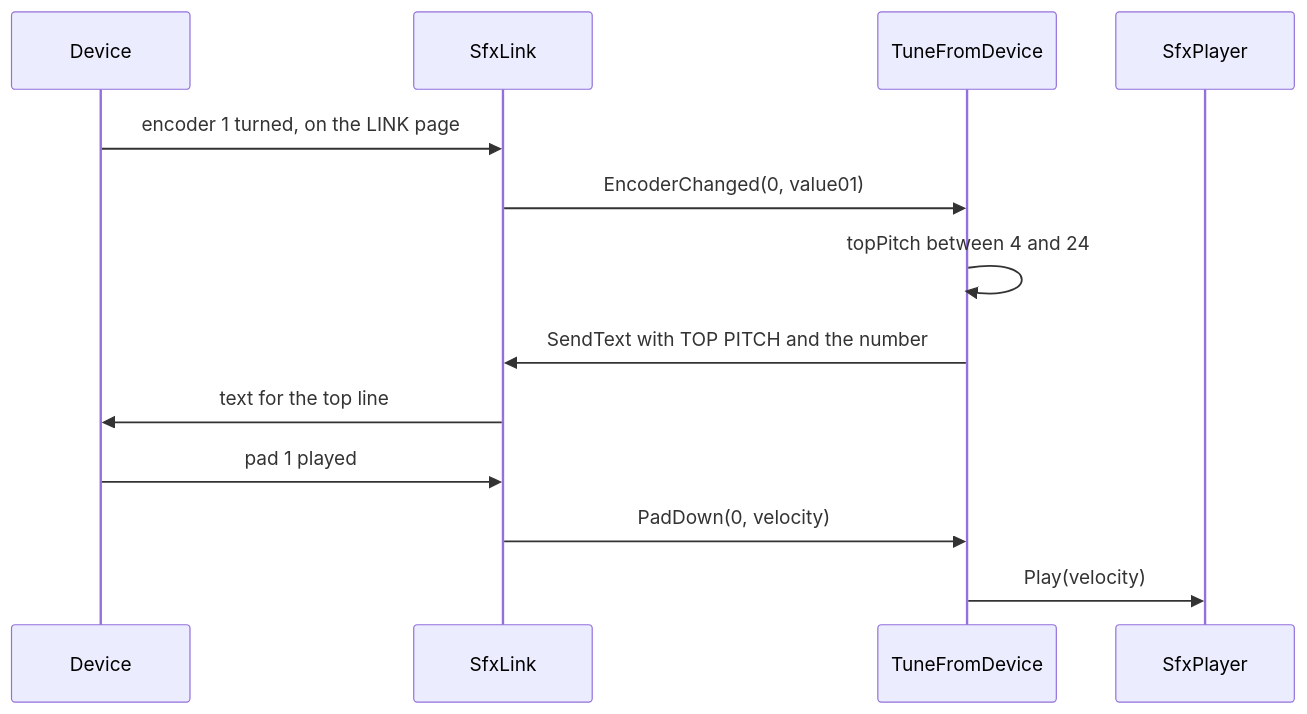
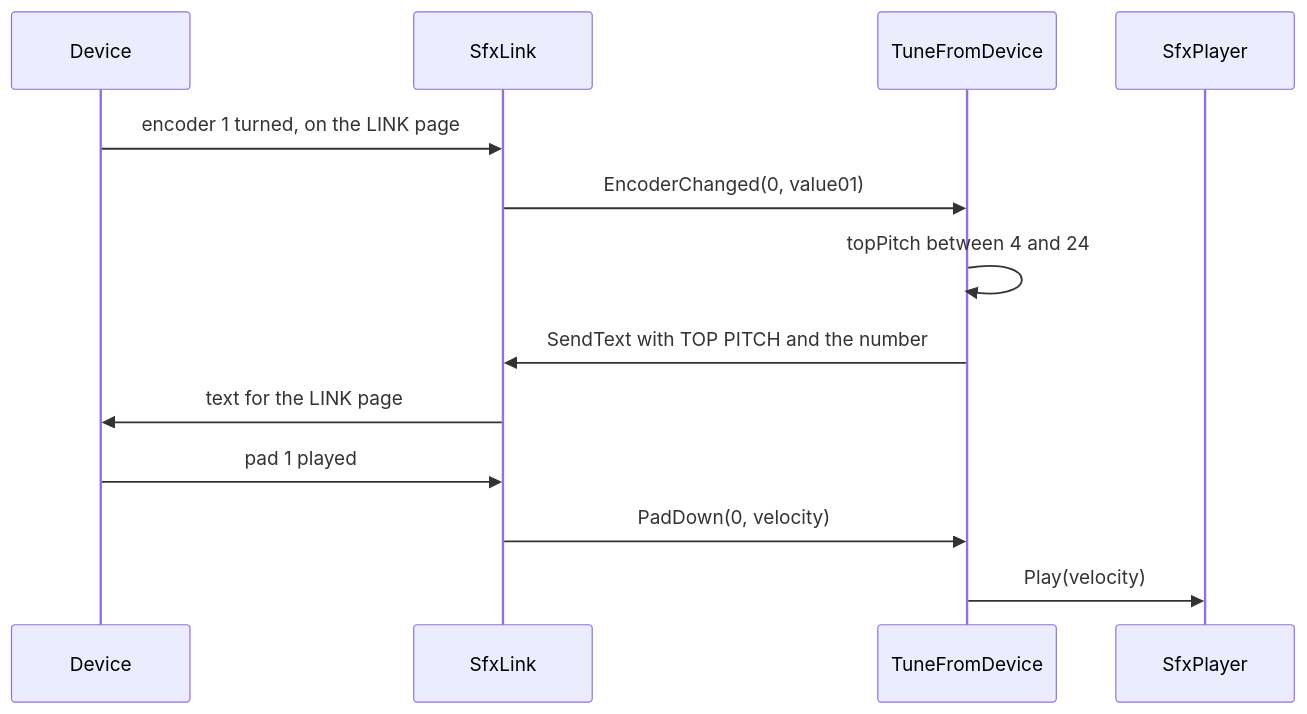
The second of 2 diagrams in wiki/Unity-Recipes-Link.md (Cat-Splat-Studios/sfx-forge), drawn with Mermaid before and after one commit. The commit also changed other lines of this file and 47 other files, not shown here.

````diff
--- a/wiki/Unity-Recipes-Link.md
+++ b/wiki/Unity-Recipes-Link.md
@@ -94,15 +94,15 @@
 ```mermaid
 sequenceDiagram
     participant D as Device
     participant L as SfxLink
     participant S as TuneFromDevice
     participant E as SfxPlayer
     D->>L: encoder 1 turned, on the LINK page
     L->>S: EncoderChanged(0, value01)
     S->>S: topPitch between 4 and 24
     S->>L: SendText with TOP PITCH and the number
-    L->>D: text for the top line
+    L->>D: text for the LINK page
     D->>L: pad 1 played
     L->>S: PadDown(0, velocity)
     S->>E: Play(velocity)
 ```
````
